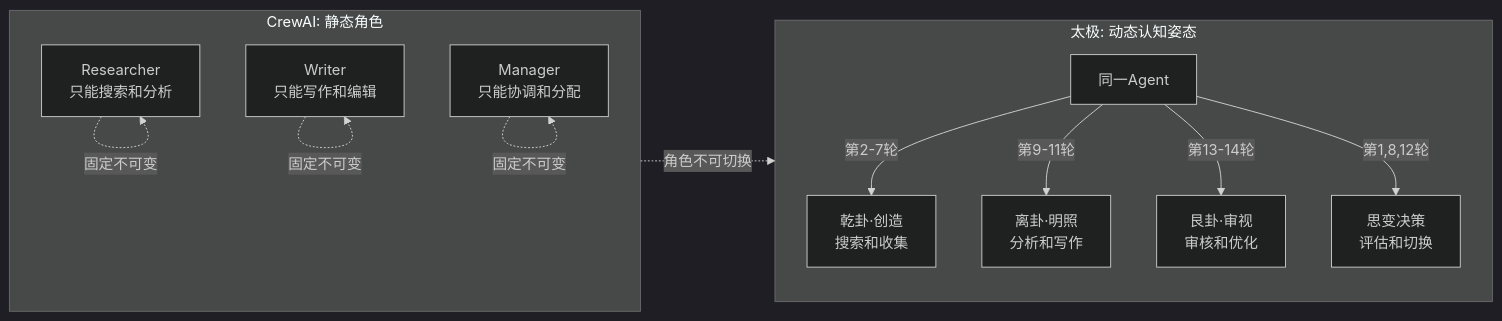
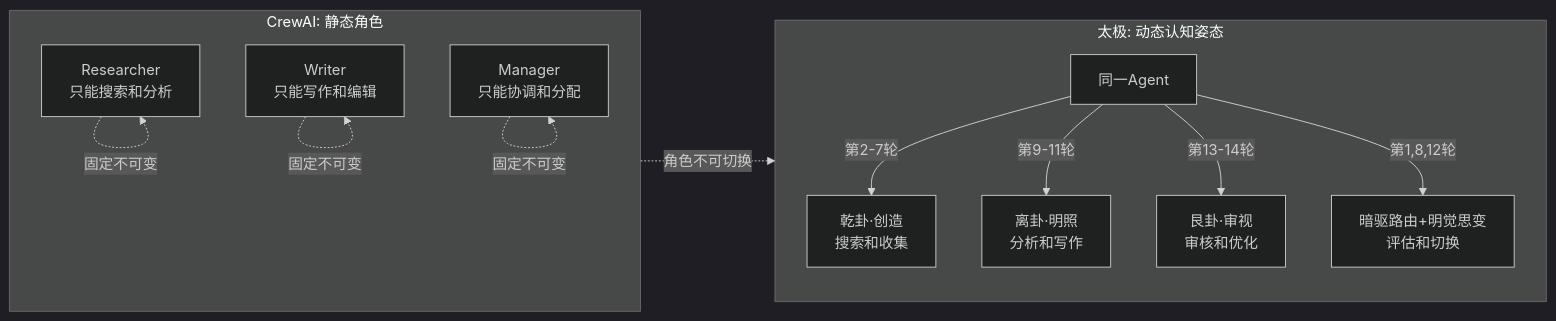
Before and after one commit to wenge6090-cell/Taiji: the fourth of 4 diagrams in docs/对比篇-09-太极-vs-CrewAI.md, drawn with Mermaid (dark theme). The commit also changed other lines of this file and 163 other files, not shown here.

````diff
--- a/docs/对比篇-09-太极-vs-CrewAI.md
+++ b/docs/对比篇-09-太极-vs-CrewAI.md
@@ -304,23 +304,23 @@
 ```mermaid
 graph LR
     subgraph "CrewAI: 静态角色"
         direction TB
         R1[Researcher<br/>只能搜索和分析] 
         W1[Writer<br/>只能写作和编辑]
         M1[Manager<br/>只能协调和分配]
         
         R1 -.->|固定不可变| R1
         W1 -.->|固定不可变| W1
         M1 -.->|固定不可变| M1
     end
     
     subgraph "太极: 动态认知姿态"
         direction TB
         S1[同一Agent] -->|第2-7轮| G1[乾卦·创造<br/>搜索和收集]
         S1 -->|第9-11轮| G2[离卦·明照<br/>分析和写作]
         S1 -->|第13-14轮| G3[艮卦·审视<br/>审核和优化]
-        S1 -->|第1,8,12轮| G4[思变决策<br/>评估和切换]
+        S1 -->|第1,8,12轮| G4[暗驱路由+明觉思变<br/>评估和切换]
     end
     
     R1 -.->|角色不可切换| S1
 ```
````
